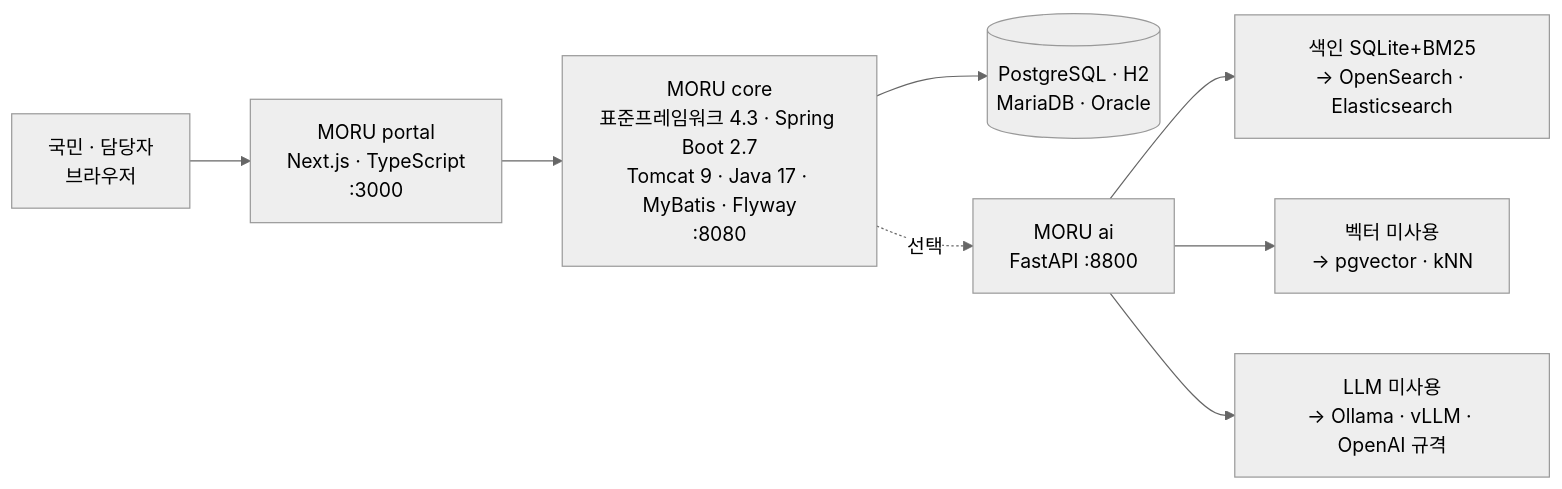
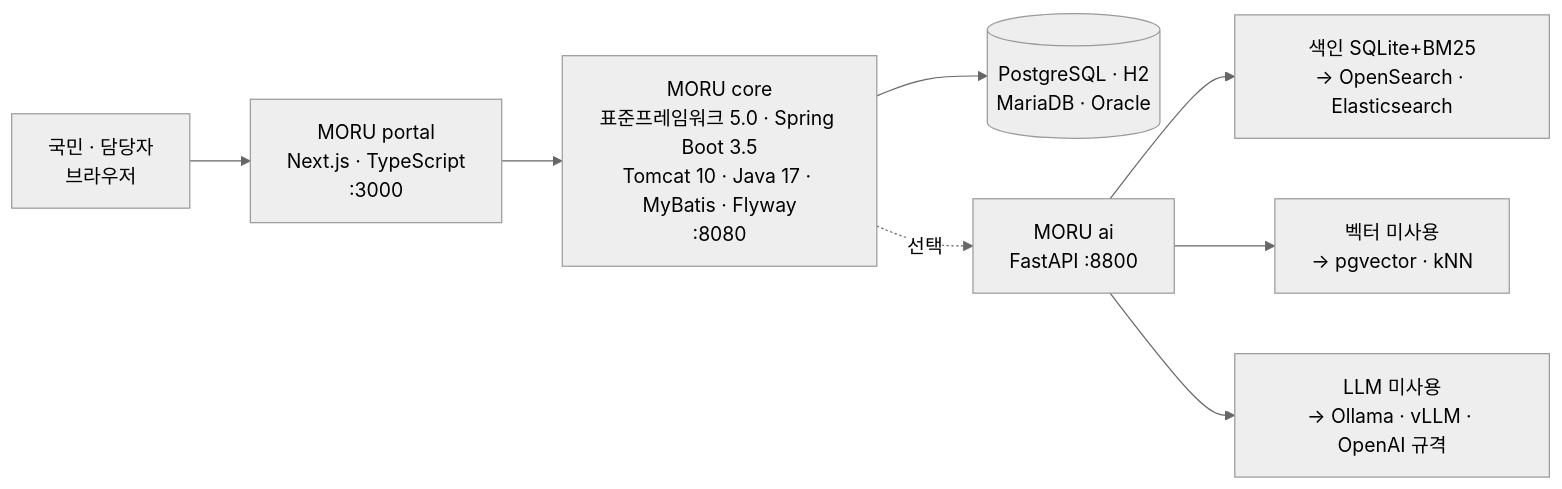
One commit to mhb8436/moru-release changed the diagram in README.md. Above: the diagram before and after it, drawn with Mermaid (neutral theme). The commit also changed other lines of this file and 2 other files, not shown here.

Commit message:
표준프레임워크 5.0(Spring Boot 3.5 · Tomcat 10)으로 사실 갱신

````diff
--- a/README.md
+++ b/README.md
@@ -69,10 +69,10 @@
 ```mermaid
 flowchart LR
   U[국민 · 담당자<br>브라우저] --> P
   P[MORU portal<br>Next.js · TypeScript<br>:3000] --> C
-  C[MORU core<br>표준프레임워크 4.3 · Spring Boot 2.7<br>Tomcat 9 · Java 17 · MyBatis · Flyway<br>:8080] --> DB[(PostgreSQL · H2<br>MariaDB · Oracle)]
+  C[MORU core<br>표준프레임워크 5.0 · Spring Boot 3.5<br>Tomcat 10 · Java 17 · MyBatis · Flyway<br>:8080] --> DB[(PostgreSQL · H2<br>MariaDB · Oracle)]
   C -. 선택 .-> A[MORU ai<br>FastAPI :8800]
   A --> S[색인 SQLite+BM25<br>→ OpenSearch · Elasticsearch]
   A --> V[벡터 미사용<br>→ pgvector · kNN]
   A --> L[LLM 미사용<br>→ Ollama · vLLM · OpenAI 규격]
 ```
````
